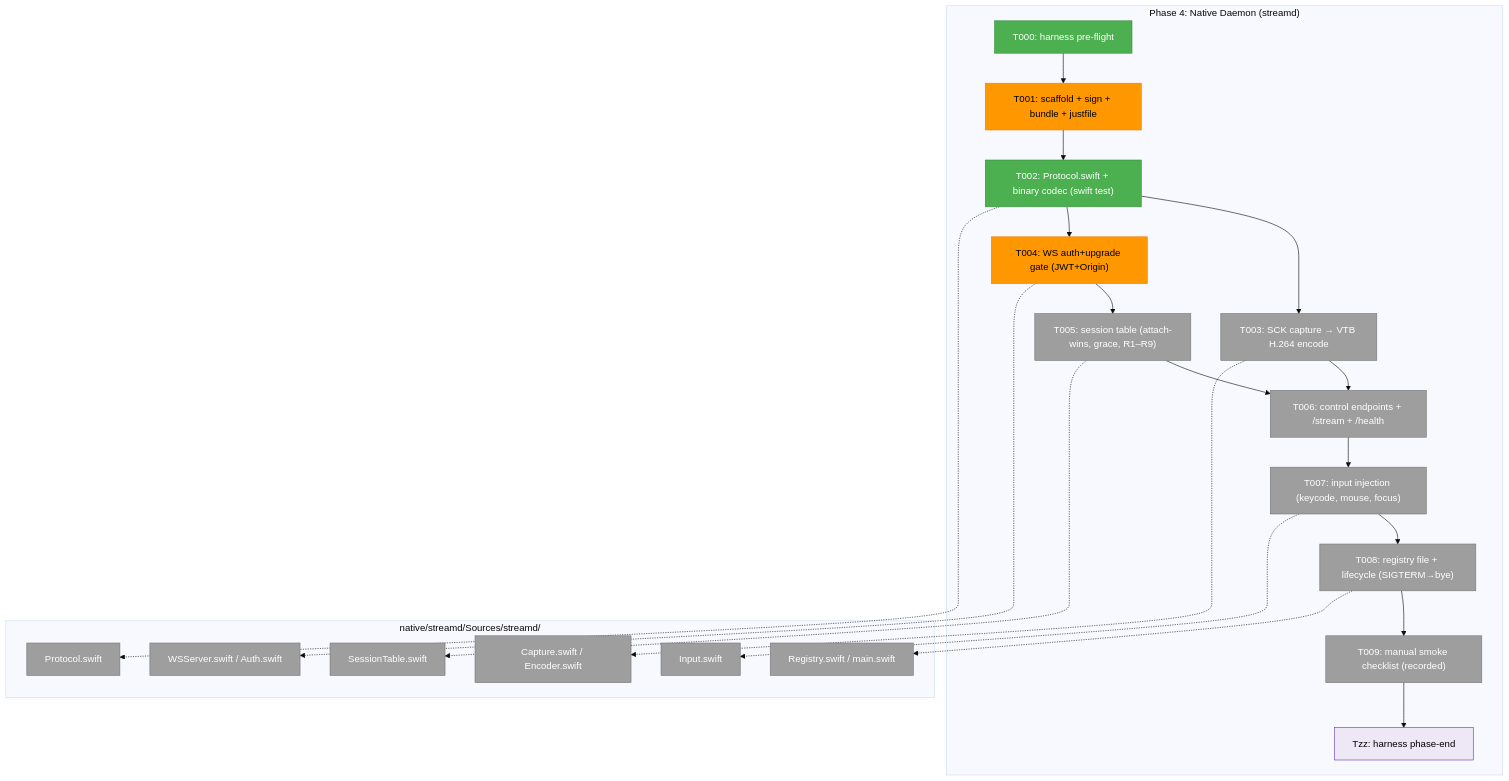
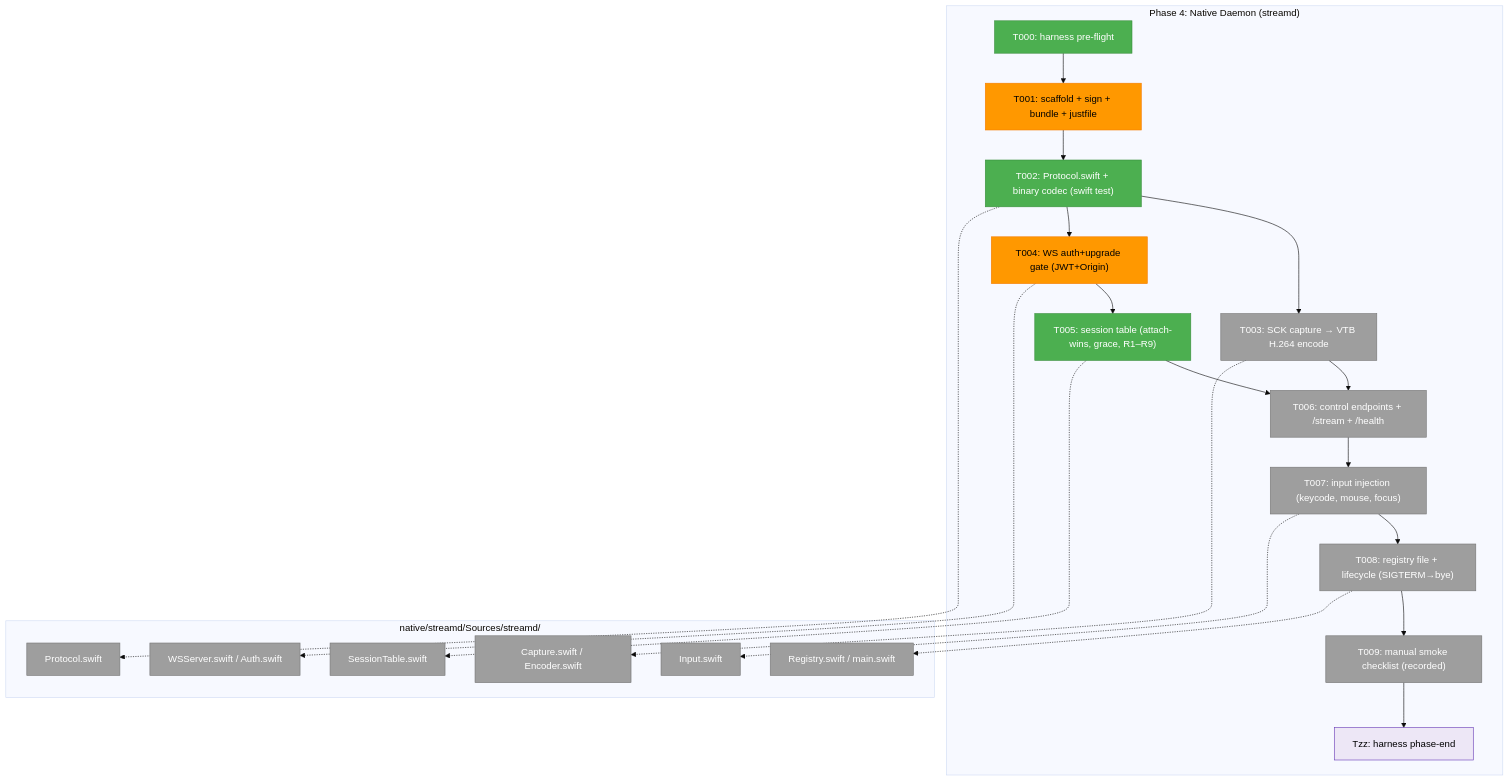
Before and after one commit to AI-Substrate/chainglass: the first of 3 diagrams in docs/plans/088-remote-app-view/tasks/phase-4-native-daemon-swift/tasks.md, drawn with Mermaid (base theme). The commit also changed other lines of this file and 3 other files, not shown here.

First line of the commit message:
test(remote-view): T005 session table — Workshop-002 FSM, R1-R9 + grace + heartbeat, 44/44 (Plan 088 Phase 4)

````diff
--- a/docs/plans/088-remote-app-view/tasks/phase-4-native-daemon-swift/tasks.md
+++ b/docs/plans/088-remote-app-view/tasks/phase-4-native-daemon-swift/tasks.md
@@ -112,42 +112,42 @@
 ```mermaid
 flowchart TD
     classDef pending fill:#9E9E9E,stroke:#757575,color:#fff
     classDef seam fill:#EDE7F6,stroke:#673AB7,color:#000
     classDef test fill:#E3F2FD,stroke:#1976D2,color:#000
     classDef completed fill:#4CAF50,stroke:#388E3C,color:#fff
     classDef inprogress fill:#FF9800,stroke:#F57C00,color:#000
 
     subgraph Phase["Phase 4: Native Daemon (streamd)"]
         T000["T000: harness pre-flight"]:::completed
         T001["T001: scaffold + sign + bundle + justfile"]:::inprogress
         T002["T002: Protocol.swift + binary codec (swift test)"]:::completed
         T003["T003: SCK capture → VTB H.264 encode"]:::pending
         T004["T004: WS auth+upgrade gate (JWT+Origin)"]:::inprogress
-        T005["T005: session table (attach-wins, grace, R1–R9)"]:::pending
+        T005["T005: session table (attach-wins, grace, R1–R9)"]:::completed
         T006["T006: control endpoints + /stream + /health"]:::pending
         T007["T007: input injection (keycode, mouse, focus)"]:::pending
         T008["T008: registry file + lifecycle (SIGTERM→bye)"]:::pending
         T009["T009: manual smoke checklist (recorded)"]:::pending
         Tzz["Tzz: harness phase-end"]:::seam
         T000 --> T001 --> T002 --> T003
         T002 --> T004 --> T005 --> T006
         T003 --> T006
         T006 --> T007 --> T008 --> T009 --> Tzz
     end
 
     subgraph Sources["native/streamd/Sources/streamd/"]
         F1["Protocol.swift"]:::pending
         F2["Capture.swift / Encoder.swift"]:::pending
         F3["WSServer.swift / Auth.swift"]:::pending
         F4["SessionTable.swift"]:::pending
         F5["Input.swift"]:::pending
         F6["Registry.swift / main.swift"]:::pending
     end
 
     T002 -.-> F1
     T003 -.-> F2
     T004 -.-> F3
     T005 -.-> F4
     T007 -.-> F5
     T008 -.-> F6
 ```
````
